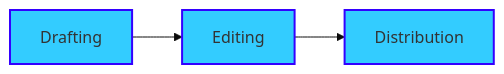
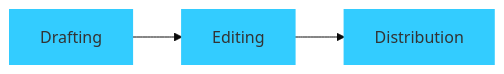
One commit to giorgio-bendoni/giorgio-bendoni.github.io changed the second of 3 diagrams in myworkflow.md. Above: the diagram before and after it, drawn with Mermaid (base theme). The commit also changed other lines of this file, not shown here.

```diff
--- a/myworkflow.md
+++ b/myworkflow.md
@@ -25,8 +25,8 @@
     <div class="mermaid">
     graph LR
     A[Drafting] --> B[Editing]
     B --> C[Distribution]
-    style A fill:#3cf,stroke:#30f,stroke-width:2px
-    style B fill:#3cf,stroke:#30f,stroke-width:2px
-    style C fill:#3cf,stroke:#30f,stroke-width:2px
+    style A fill:#3cf,stroke:#3cf,stroke-width:2px
+    style B fill:#3cf,stroke:#3cf,stroke-width:2px
+    style C fill:#3cf,stroke:#3cf,stroke-width:2px
     </div>
```
